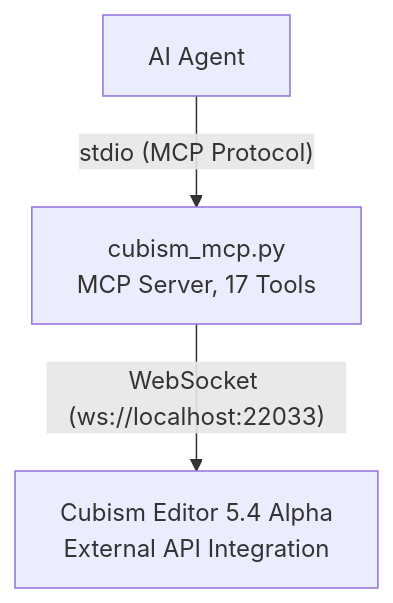
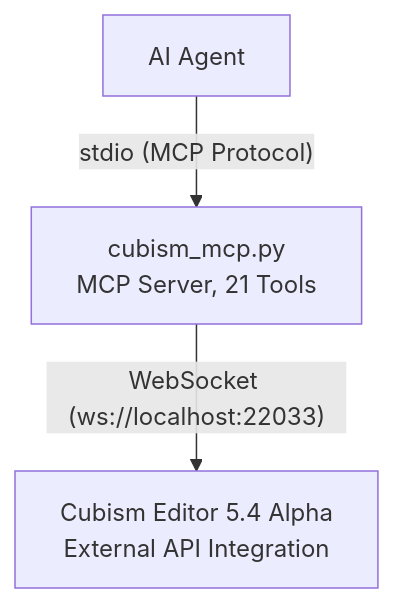
One commit to nana7chi/CubismExternalEditMCP changed the diagram in i18n/README_EN.md. Above: the diagram before and after it, drawn with Mermaid. The commit also changed other lines of this file and 3 other files, not shown here.

````diff
--- a/i18n/README_EN.md
+++ b/i18n/README_EN.md
@@ -20,9 +20,9 @@
 ```mermaid
 graph TD
     AI["AI Agent"]
-    MCP["cubism_mcp.py<br/>MCP Server, 17 Tools"]
+    MCP["cubism_mcp.py<br/>MCP Server, 21 Tools"]
     Editor["Cubism Editor 5.4 Alpha<br/>External API Integration"]
 
     AI -->|"stdio (MCP Protocol)"| MCP
     MCP -->|"WebSocket (ws://localhost:22033)"| Editor
 ```
````
